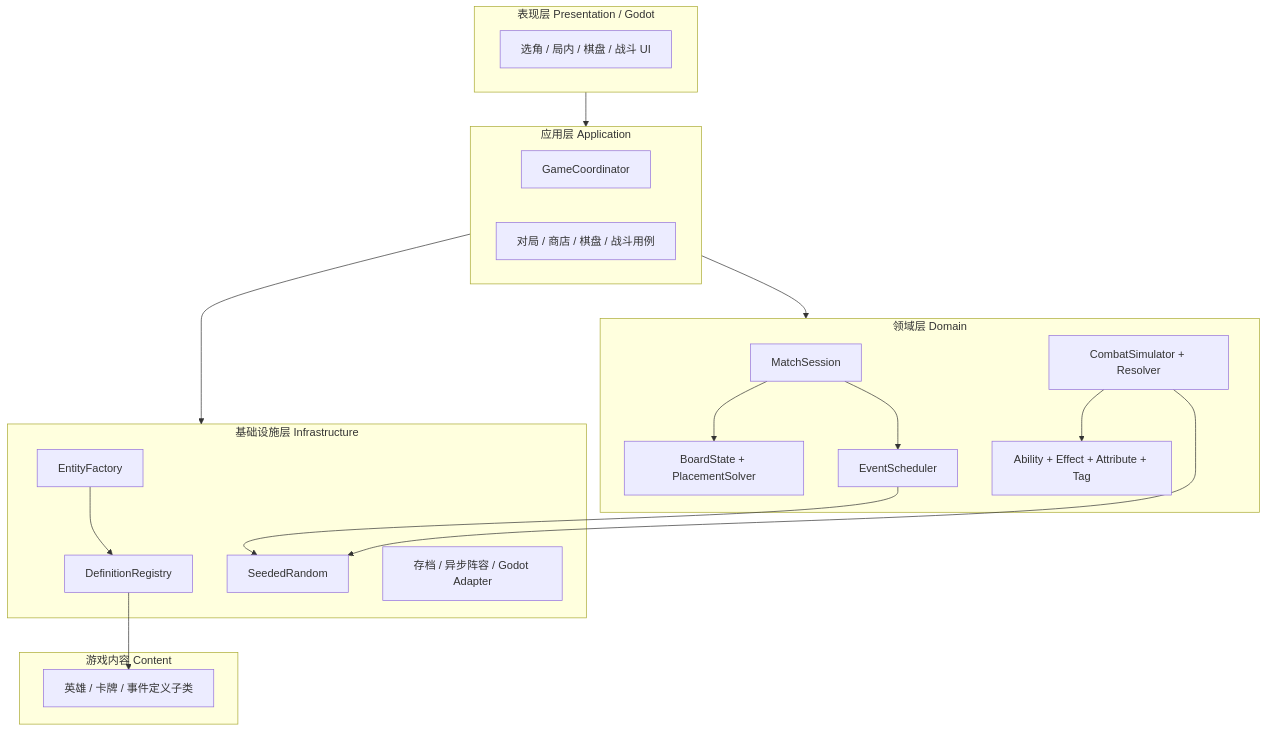
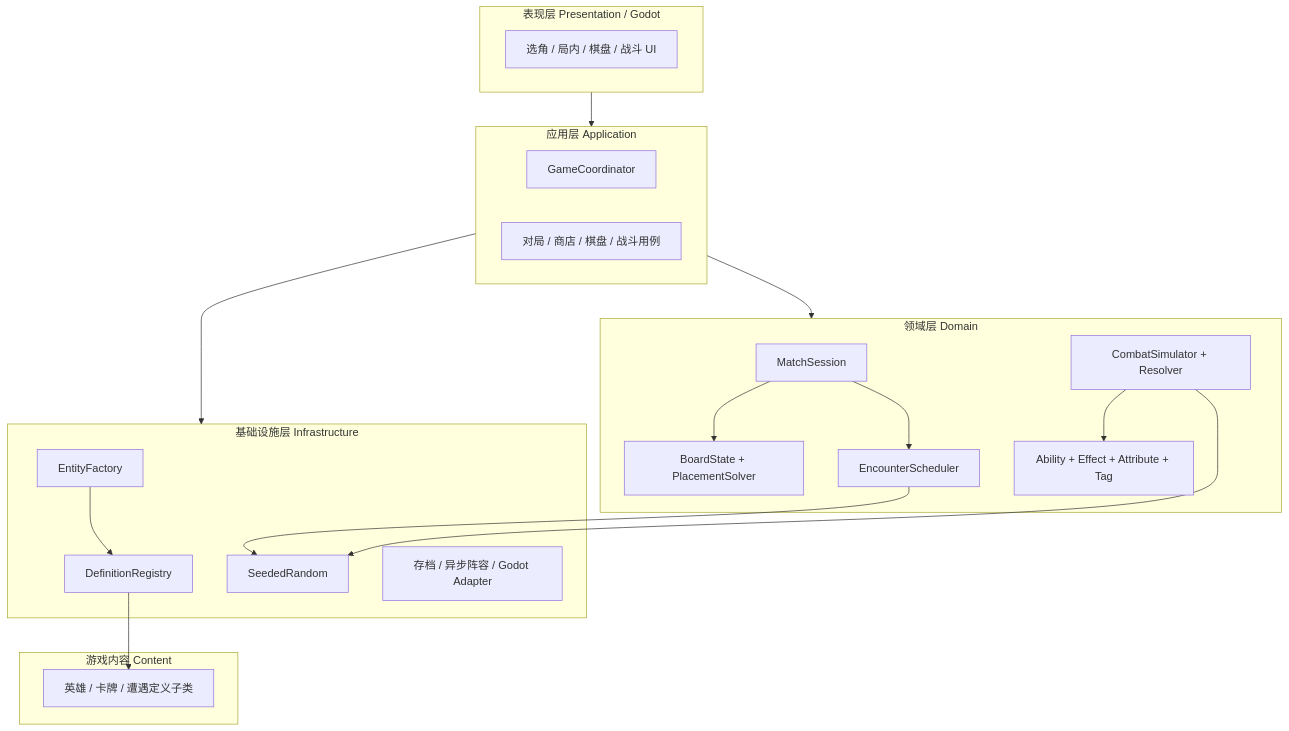
One commit to WayneTang99/Project_Star changed the first of 5 diagrams in docs/ARCHITECTURE.md. Above: the diagram before and after it, drawn with Mermaid. The commit also changed other lines of this file and 6 other files, not shown here.

Commit message:
docs(architecture): 统一新架构文档约定

````diff
--- a/docs/ARCHITECTURE.md
+++ b/docs/ARCHITECTURE.md
@@ -16,36 +16,36 @@
 ```mermaid
 flowchart TB
     subgraph P["表现层 Presentation / Godot"]
         UI["选角 / 局内 / 棋盘 / 战斗 UI"]
     end
     subgraph A["应用层 Application"]
         Coordinator["GameCoordinator"]
         Cases["对局 / 商店 / 棋盘 / 战斗用例"]
     end
     subgraph D["领域层 Domain"]
         Session["MatchSession"]
         Board["BoardState + PlacementSolver"]
-        Scheduler["EventScheduler"]
+        Scheduler["EncounterScheduler"]
         Combat["CombatSimulator + Resolver"]
         Rules["Ability + Effect + Attribute + Tag"]
     end
     subgraph I["基础设施层 Infrastructure"]
         Registry["DefinitionRegistry"]
         Factory["EntityFactory"]
         Random["SeededRandom"]
         Storage["存档 / 异步阵容 / Godot Adapter"]
     end
     subgraph C["游戏内容 Content"]
-        Definitions["英雄 / 卡牌 / 事件定义子类"]
+        Definitions["英雄 / 卡牌 / 遭遇定义子类"]
     end
     P --> A
     A --> D
     A --> I
     Session --> Board
     Session --> Scheduler
     Combat --> Rules
     Registry --> Definitions
     Factory --> Registry
     Scheduler --> Random
     Combat --> Random
 ```
````
